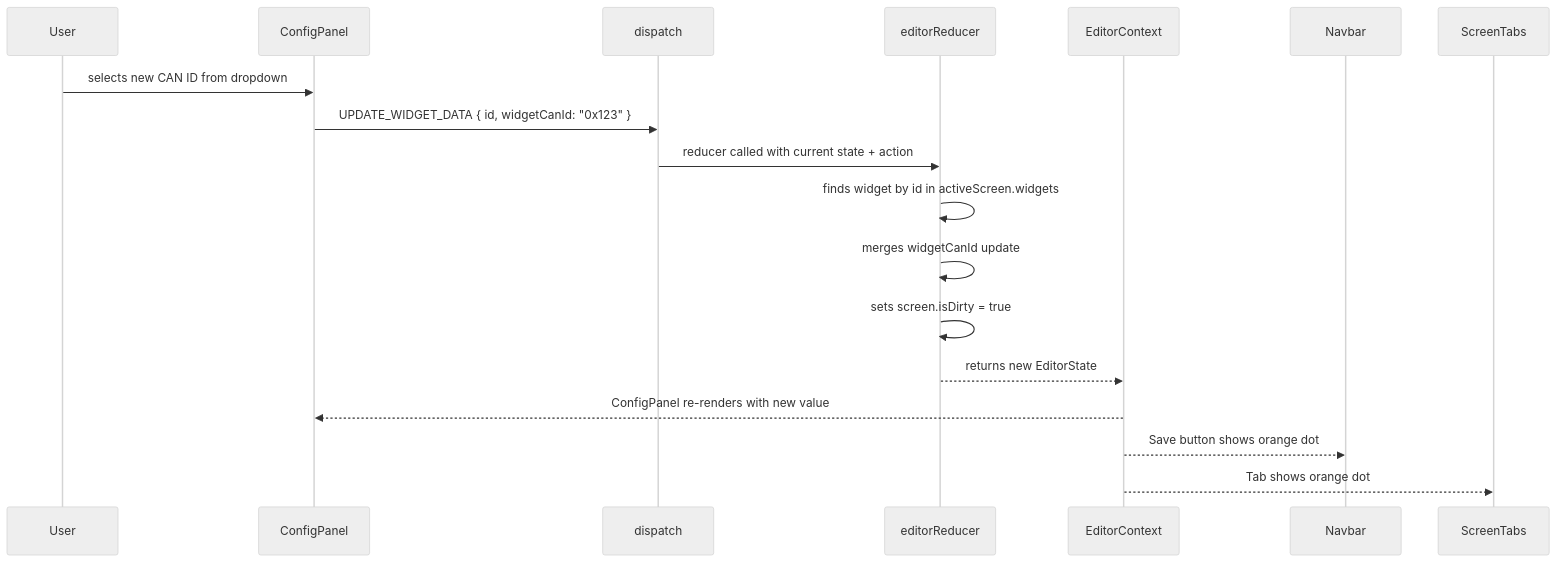
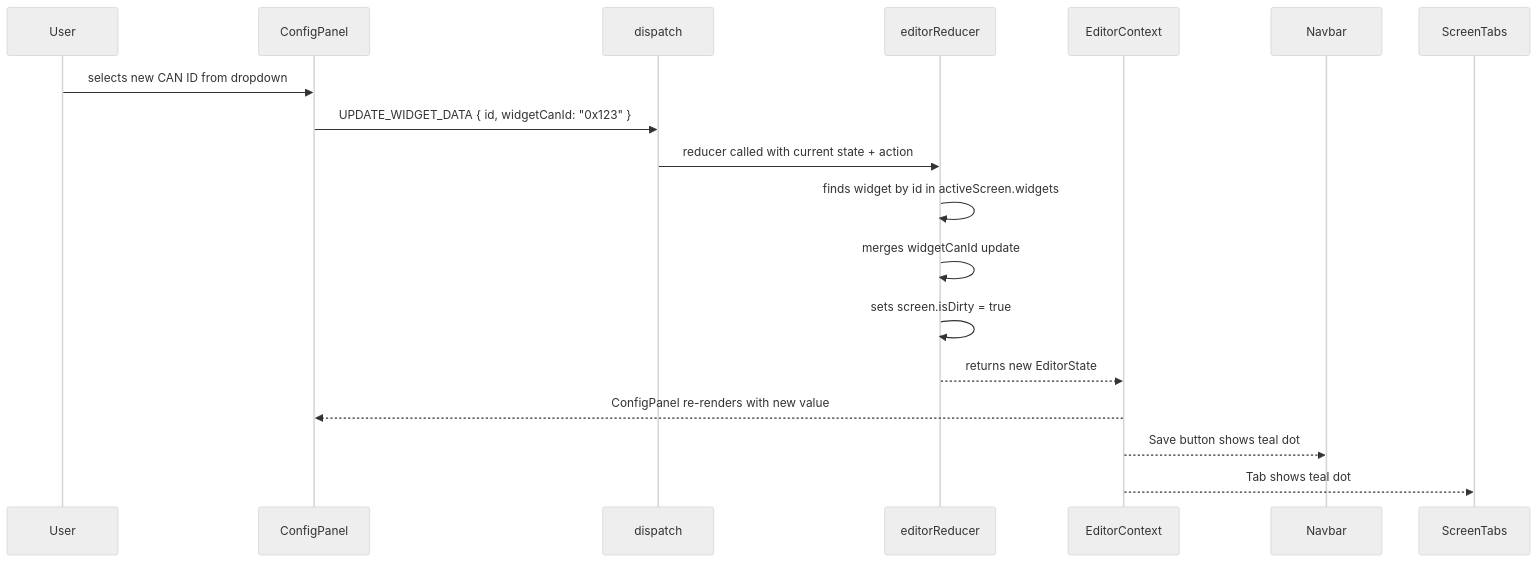
The third of 11 diagrams in documentation/data-flows.md (evilspoon13/track-web), drawn with Mermaid (neutral theme) before and after one commit. The commit also changed other lines of this file and 36 other files, not shown here.

````diff
--- a/documentation/data-flows.md
+++ b/documentation/data-flows.md
@@ -47,19 +67,19 @@
 ```mermaid
 sequenceDiagram
     participant U as User
     participant CP as ConfigPanel
     participant D as dispatch
     participant R as editorReducer
     participant CTX as EditorContext
 
     U->>CP: selects new CAN ID from dropdown
     CP->>D: UPDATE_WIDGET_DATA { id, widgetCanId: "0x123" }
     D->>R: reducer called with current state + action
     R->>R: finds widget by id in activeScreen.widgets
     R->>R: merges widgetCanId update
     R->>R: sets screen.isDirty = true
     R-->>CTX: returns new EditorState
     CTX-->>CP: ConfigPanel re-renders with new value
-    CTX-->>Navbar: Save button shows orange dot
-    CTX-->>ScreenTabs: Tab shows orange dot
+    CTX-->>Navbar: Save button shows teal dot
+    CTX-->>ScreenTabs: Tab shows teal dot
 ```
````
